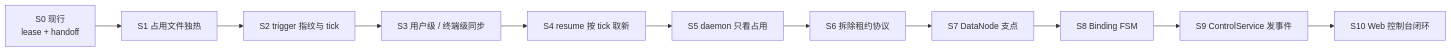
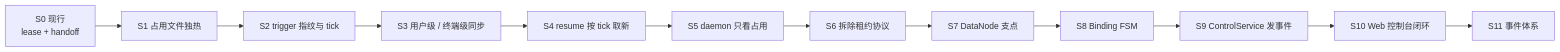
Before and after one commit to yukai08008/dual-tmux: the diagram in ROADMAP.md, drawn with Mermaid. The commit also changed other lines of this file and 8 other files, not shown here.

Commit message:
docs: events design doc, S11 roadmap, dev plans, and v0.4.75 tests

````diff
--- a/ROADMAP.md
+++ b/ROADMAP.md
@@ -24,13 +25,14 @@
 ```mermaid
 flowchart LR
   S0["S0 现行<br/>lease + handoff"] --> S1["S1 占用文件独热"]
   S1 --> S2["S2 trigger 指纹与 tick"]
   S2 --> S3["S3 用户级 / 终端级同步"]
   S3 --> S4["S4 resume 按 tick 取新"]
   S4 --> S5["S5 daemon 只看占用"]
   S5 --> S6["S6 拆除租约协议"]
   S6 --> S7["S7 DataNode 支点"]
   S7 --> S8["S8 Binding FSM"]
   S8 --> S9["S9 ControlService 发事件"]
   S9 --> S10["S10 Web 控制台闭环"]
+  S10 --> S11["S11 事件体系"]
 ```
````
